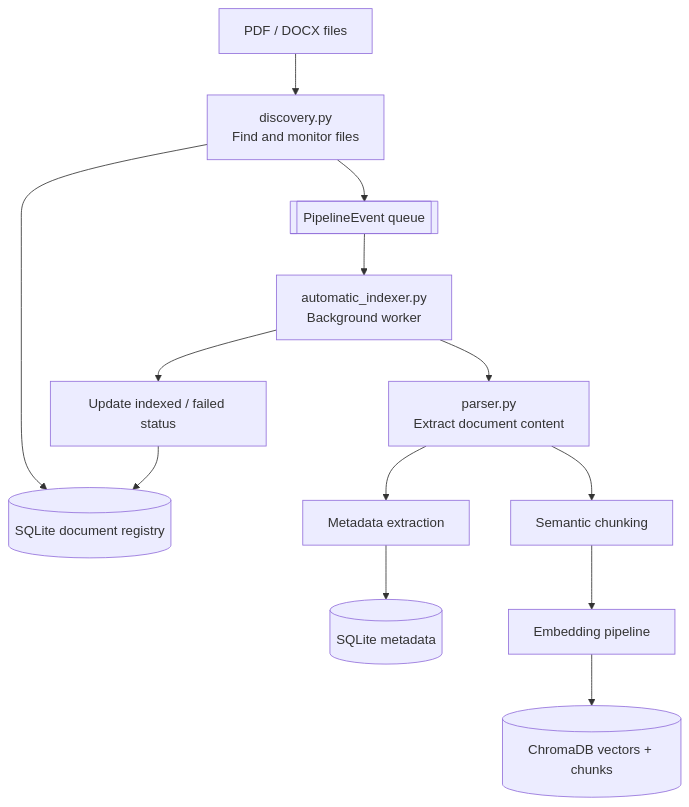
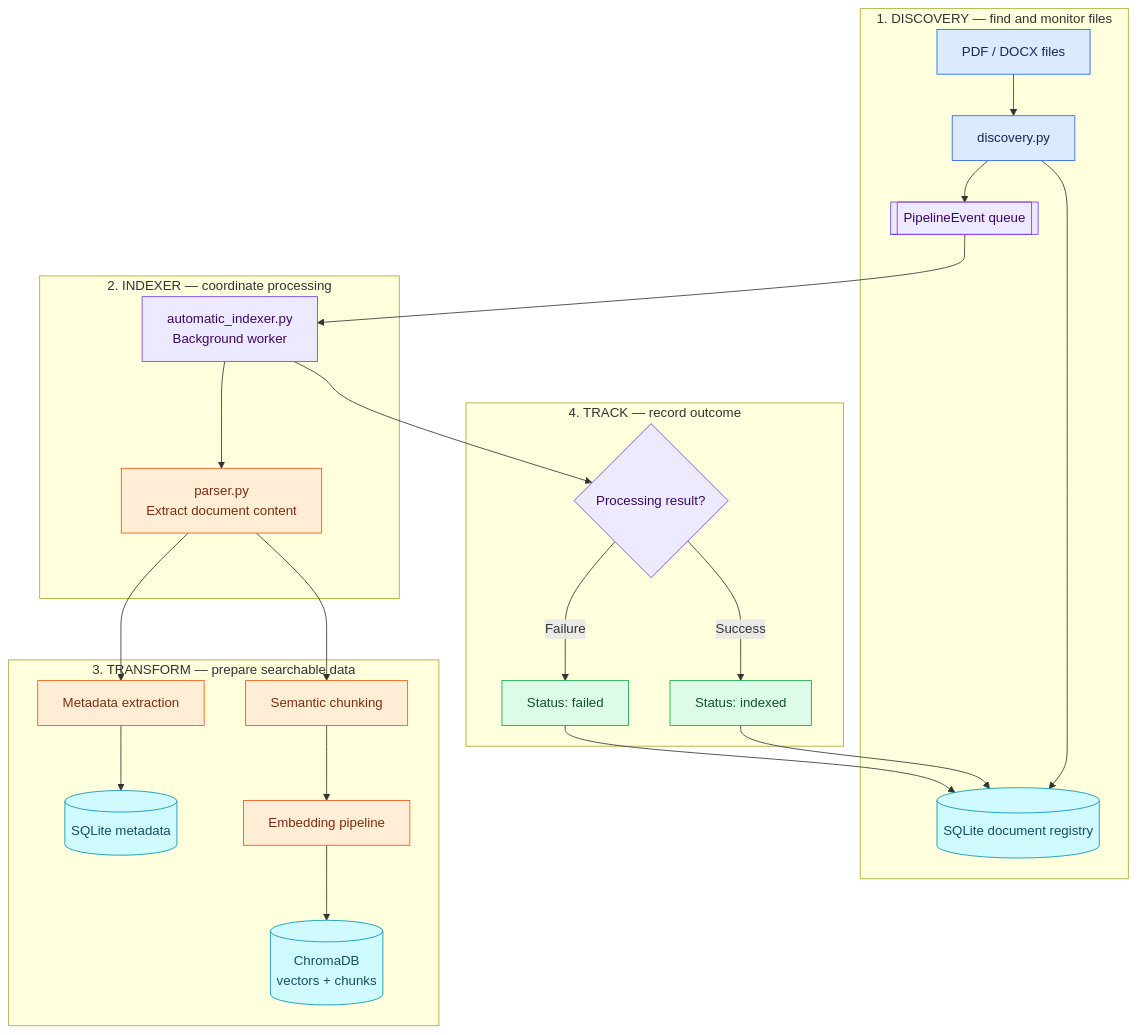
One commit to pratik-0302/job_description_agent changed the third of 15 diagrams in README.md. Above: the diagram before and after it, drawn with Mermaid. The commit also changed other lines of this file, not shown here.

Commit message:
docs: standardize README diagrams with staged architecture flows

````diff
--- a/README.md
+++ b/README.md
@@ -163,15 +196,40 @@
 ```mermaid
 flowchart TB
-    F["PDF / DOCX files"] --> D["discovery.py<br/>Find and monitor files"]
-    D --> REG[("SQLite document registry")]
-    D --> Q[["PipelineEvent queue"]]
-    Q --> W["automatic_indexer.py<br/>Background worker"]
-    W --> P["parser.py<br/>Extract document content"]
-    P --> M["Metadata extraction"]
-    P --> C["Semantic chunking"]
-    M --> SQL[("SQLite metadata")]
-    C --> E["Embedding pipeline"]
-    E --> V[("ChromaDB vectors + chunks")]
-    W --> STATUS["Update indexed / failed status"]
-    STATUS --> REG
+    subgraph DISCOVERY["1. DISCOVERY — find and monitor files"]
+        FILES["PDF / DOCX files"] --> D["discovery.py"]
+        D --> REG[("SQLite document registry")]
+        D --> Q[["PipelineEvent queue"]]
+    end
+
+    subgraph INDEXER["2. INDEXER — coordinate processing"]
+        Q --> W["automatic_indexer.py<br/>Background worker"]
+        W --> P["parser.py<br/>Extract document content"]
+    end
+
+    subgraph TRANSFORM["3. TRANSFORM — prepare searchable data"]
+        P --> M["Metadata extraction"]
+        P --> C["Semantic chunking"]
+        M --> SQL[("SQLite metadata")]
+        C --> E["Embedding pipeline"]
+        E --> V[("ChromaDB<br/>vectors + chunks")]
+    end
+
+    subgraph TRACK["4. TRACK — record outcome"]
+        W --> STATUS{"Processing result?"}
+        STATUS -->|Success| OK["Status: indexed"]
+        STATUS -->|Failure| FAIL["Status: failed"]
+        OK --> REG
+        FAIL --> REG
+    end
+
+    classDef discovery fill:#dbeafe,stroke:#2563eb,color:#172554
+    classDef orchestration fill:#ede9fe,stroke:#7c3aed,color:#3b0764
+    classDef processing fill:#ffedd5,stroke:#ea580c,color:#7c2d12
+    classDef storage fill:#cffafe,stroke:#0891b2,color:#164e63
+    classDef result fill:#dcfce7,stroke:#16a34a,color:#14532d
+    class D,FILES discovery
+    class Q,W,STATUS orchestration
+    class P,M,C,E processing
+    class REG,SQL,V storage
+    class OK,FAIL result
 ```
````
